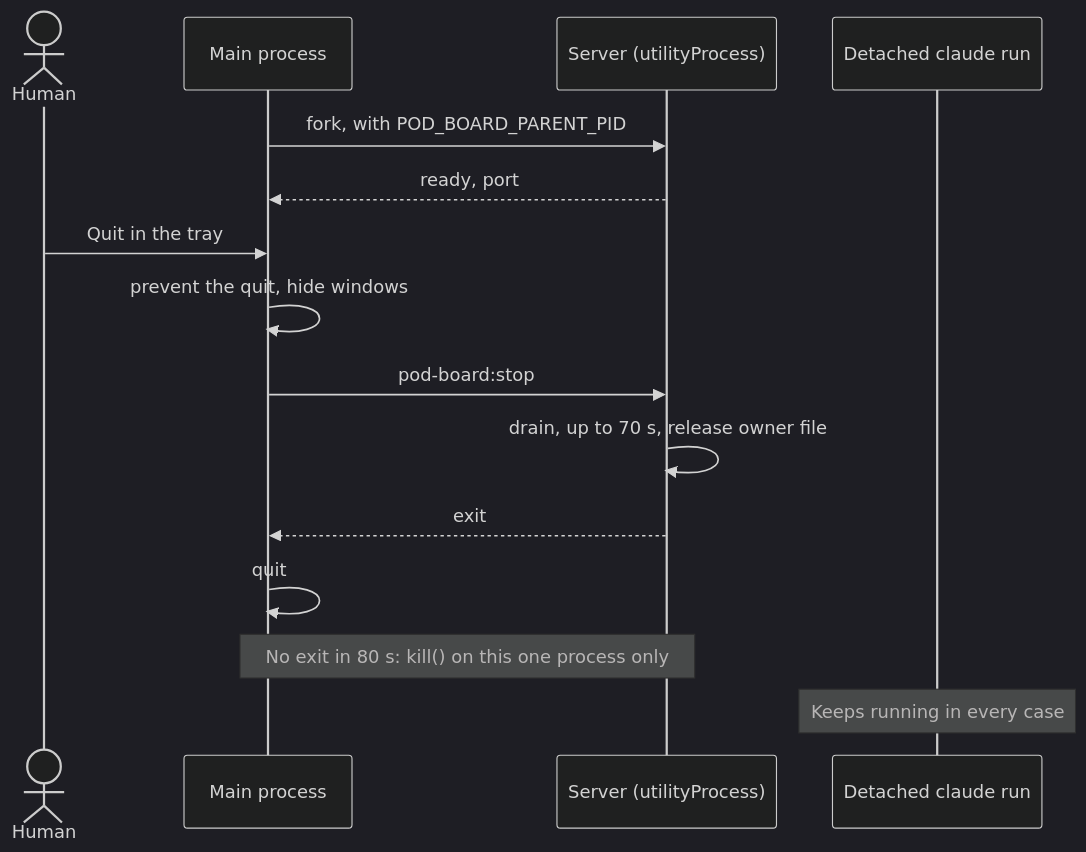
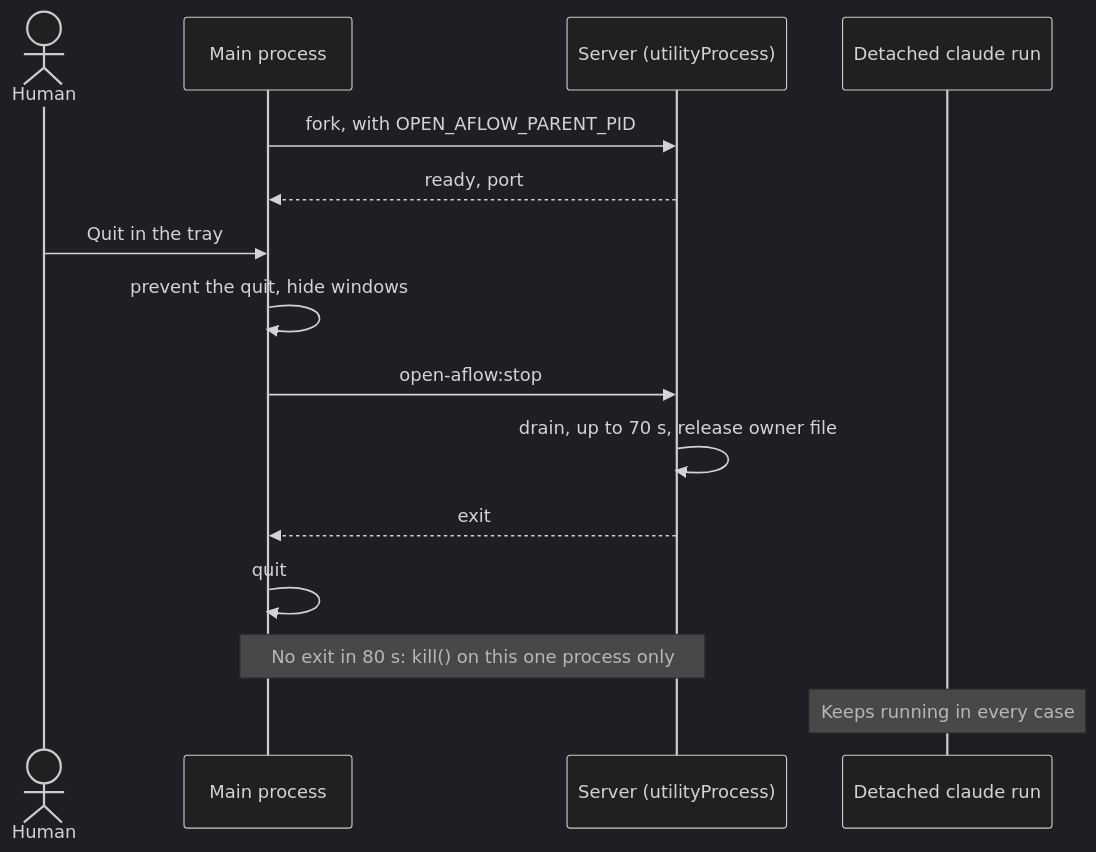
One commit to alvionlabs/open-aflow changed the diagram in pod-docs/feature-details/desktop.md. Above: the diagram before and after it, drawn with Mermaid (dark theme). The commit also changed other lines of this file and 215 other files, not shown here.

First line of the commit message:
refactor: rename internal pod-board names to open-aflow

````diff
--- a/pod-docs/feature-details/desktop.md
+++ b/pod-docs/feature-details/desktop.md
@@ -19,17 +19,17 @@
 ```mermaid
 sequenceDiagram
   actor Human
   participant Main as Main process
   participant Server as Server (utilityProcess)
   participant Run as Detached claude run
-  Main->>Server: fork, with POD_BOARD_PARENT_PID
+  Main->>Server: fork, with OPEN_AFLOW_PARENT_PID
   Server-->>Main: ready, port
   Human->>Main: Quit in the tray
   Main->>Main: prevent the quit, hide windows
-  Main->>Server: pod-board:stop
+  Main->>Server: open-aflow:stop
   Server->>Server: drain, up to 70 s, release owner file
   Server-->>Main: exit
   Main->>Main: quit
   Note over Main,Server: No exit in 80 s: kill() on this one process only
   Note over Run: Keeps running in every case
 ```
````
